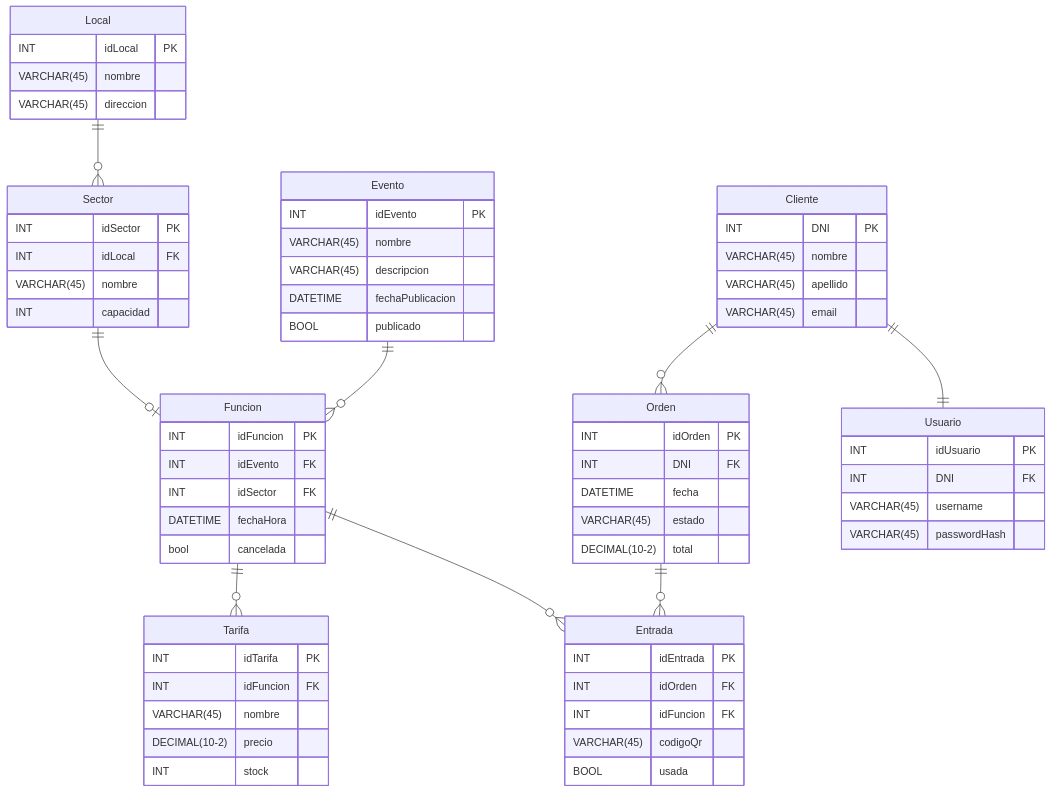
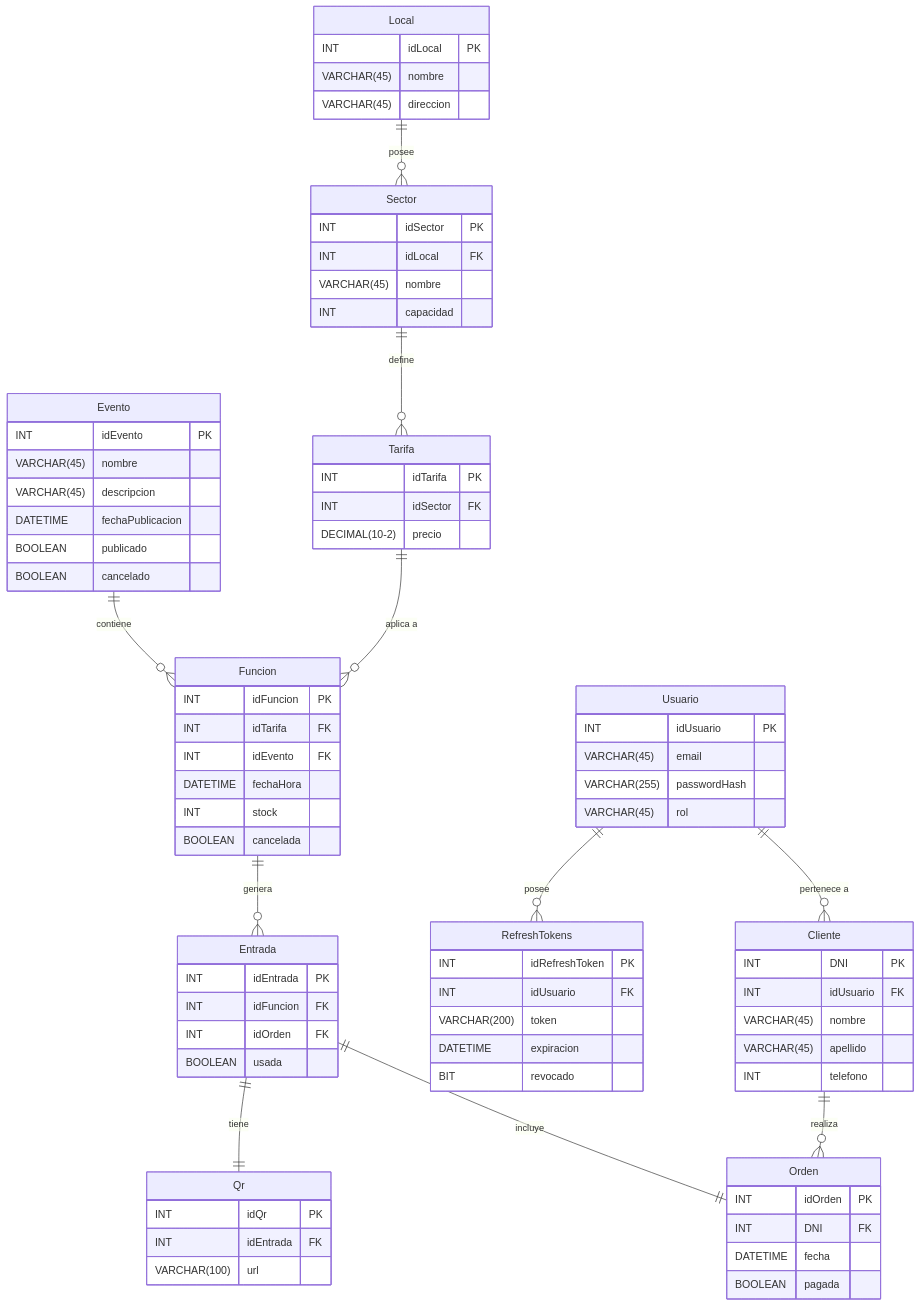
Before and after one commit to PasandiLuka/SuperProyecto: the second of 3 diagrams in SuperProyecto/doc/README.md, drawn with Mermaid. The commit also changed other lines of this file and 35 other files, not shown here.

````diff
--- a/SuperProyecto/doc/README.md
+++ b/SuperProyecto/doc/README.md
@@ -95,9 +104,26 @@
-```mermaid 
+```mermaid
 erDiagram
+
     Local {
         INT idLocal PK
         VARCHAR(45) nombre
         VARCHAR(45) direccion
+    }
+
+    Evento {
+        INT idEvento PK
+        VARCHAR(45) nombre
+        VARCHAR(45) descripcion
+        DATETIME fechaPublicacion
+        BOOLEAN publicado
+        BOOLEAN cancelado
+    }
+
+    Usuario {
+        INT idUsuario PK
+        VARCHAR(45) email
+        VARCHAR(255) passwordHash
+        VARCHAR(45) rol
     }
 
     Sector {
@@ -107,67 +133,66 @@
         INT capacidad
     }
 
-    Evento {
-        INT idEvento PK
+    Cliente {
+        INT DNI PK
+        INT idUsuario FK
         VARCHAR(45) nombre
-        VARCHAR(45) descripcion
-        DATETIME fechaPublicacion
-        BOOL publicado
+        VARCHAR(45) apellido
+        INT telefono
+    }
+
+    RefreshTokens {
+        INT idRefreshToken PK
+        INT idUsuario FK
+        VARCHAR(200) token
+        DATETIME expiracion
+        BIT revocado
+    }
+
+    Tarifa {
+        INT idTarifa PK
+        INT idSector FK
+        DECIMAL(10-2) precio
     }
 
     Funcion {
         INT idFuncion PK
+        INT idTarifa FK
         INT idEvento FK
-        INT idSector FK
         DATETIME fechaHora
-        bool cancelada
+        INT stock
+        BOOLEAN cancelada
     }
 
-    Tarifa {
-        INT idTarifa PK
+    Entrada {
+        INT idEntrada PK
         INT idFuncion FK
-        VARCHAR(45) nombre
-        DECIMAL(10-2) precio
-        INT stock
+        INT idOrden FK
+        BOOLEAN usada
     }
 
-    Cliente {
-        INT DNI PK
-        VARCHAR(45) nombre
-        VARCHAR(45) apellido
-        VARCHAR(45) email
+    Qr {
+        INT idQr PK
+        INT idEntrada FK
+        VARCHAR(100) url
     }
 
     Orden {
         INT idOrden PK
         INT DNI FK
         DATETIME fecha
-        VARCHAR(45) estado
-        DECIMAL(10-2) total
-    }
-
-    Entrada {
-        INT idEntrada PK
-        INT idOrden FK
-        INT idFuncion FK
-        VARCHAR(45) codigoQr
-        BOOL usada
-    }
-
-    Usuario {
-        INT idUsuario PK
-        INT DNI FK
-        VARCHAR(45) username
-        VARCHAR(45) passwordHash
+        BOOLEAN pagada
     }
 
     %% Relaciones
-    Local ||--o{ Sector : ""
-    Sector ||--o| Funcion : ""
-    Evento ||--o{ Funcion : ""
-    Funcion ||--o{ Tarifa : ""
-    Cliente ||--o{ Orden : ""
-    Orden ||--o{ Entrada : ""
-    Funcion ||--o{ Entrada : ""
-    Cliente ||--|| Usuario : ""
+    Local ||--o{ Sector : "posee"
+    Sector ||--o{ Tarifa : "define"
+    Tarifa ||--o{ Funcion : "aplica a"
+    Evento ||--o{ Funcion : "contiene"
+    Funcion ||--o{ Entrada : "genera"
+    Entrada ||--|| Qr : "tiene"
+    Cliente ||--o{ Orden : "realiza"
+    Entrada ||--|| Orden : "incluye"
+    Usuario ||--o{ Cliente : "pertenece a"
+    Usuario ||--o{ RefreshTokens : "posee"
 ```
````
